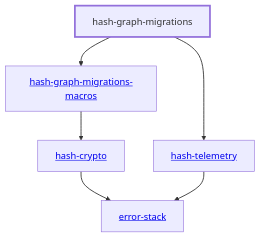
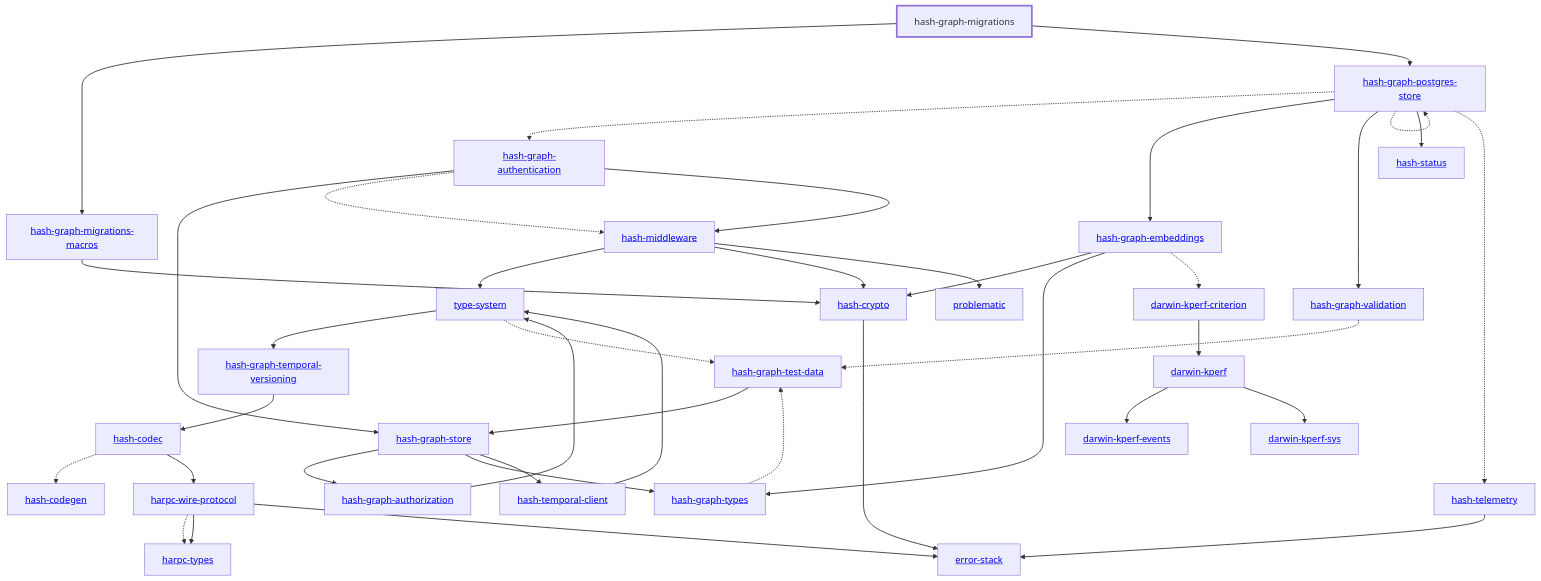
One commit to hashintel/hash changed the diagram in libs/@local/graph/migrations/docs/dependency-diagram.mmd. Above: the diagram before and after it, drawn with Mermaid. The commit also changed 23 other files, not shown here.

First line of the commit message:
Connect the migrations CLI to Postgres over TLS

```diff
--- a/libs/@local/graph/migrations/docs/dependency-diagram.mmd
+++ b/libs/@local/graph/migrations/docs/dependency-diagram.mmd
@@ -1,21 +1,77 @@
 graph TD
     linkStyle default stroke-width:1.5px
     classDef default stroke-width:1px
     classDef root stroke-width:3px
     classDef dev stroke-width:1px
     classDef build stroke-width:1px
     %% Legend
     %% --> : Normal dependency
     %% -.-> : Dev dependency
     %% ---> : Build dependency
-    0[<a href="../hash_crypto/index.html">hash-crypto</a>]
-    1[hash-graph-migrations]
-    class 1 root
-    2[<a href="../hash_graph_migrations_macros/index.html">hash-graph-migrations-macros</a>]
-    3[<a href="../hash_telemetry/index.html">hash-telemetry</a>]
-    4[<a href="../error_stack/index.html">error-stack</a>]
-    0 --> 4
-    1 --> 2
-    1 --> 3
-    2 --> 0
-    3 --> 4
+    0[<a href="../type_system/index.html">type-system</a>]
+    1[<a href="../hash_codec/index.html">hash-codec</a>]
+    2[<a href="../hash_codegen/index.html">hash-codegen</a>]
+    3[<a href="../hash_crypto/index.html">hash-crypto</a>]
+    4[<a href="../hash_graph_authentication/index.html">hash-graph-authentication</a>]
+    5[<a href="../hash_graph_authorization/index.html">hash-graph-authorization</a>]
+    6[<a href="../hash_graph_embeddings/index.html">hash-graph-embeddings</a>]
+    7[hash-graph-migrations]
+    class 7 root
+    8[<a href="../hash_graph_migrations_macros/index.html">hash-graph-migrations-macros</a>]
+    9[<a href="../hash_graph_postgres_store/index.html">hash-graph-postgres-store</a>]
+    10[<a href="../hash_graph_store/index.html">hash-graph-store</a>]
+    11[<a href="../hash_graph_temporal_versioning/index.html">hash-graph-temporal-versioning</a>]
+    12[<a href="../hash_graph_types/index.html">hash-graph-types</a>]
+    13[<a href="../hash_graph_validation/index.html">hash-graph-validation</a>]
+    14[<a href="../harpc_types/index.html">harpc-types</a>]
+    15[<a href="../harpc_wire_protocol/index.html">harpc-wire-protocol</a>]
+    16[<a href="../hash_middleware/index.html">hash-middleware</a>]
+    17[<a href="../hash_status/index.html">hash-status</a>]
+    18[<a href="../hash_telemetry/index.html">hash-telemetry</a>]
+    19[<a href="../hash_temporal_client/index.html">hash-temporal-client</a>]
+    20[<a href="../darwin_kperf/index.html">darwin-kperf</a>]
+    21[<a href="../darwin_kperf_criterion/index.html">darwin-kperf-criterion</a>]
+    22[<a href="../darwin_kperf_events/index.html">darwin-kperf-events</a>]
+    23[<a href="../darwin_kperf_sys/index.html">darwin-kperf-sys</a>]
+    24[<a href="../error_stack/index.html">error-stack</a>]
+    25[<a href="../problematic/index.html">problematic</a>]
+    26[<a href="../hash_graph_test_data/index.html">hash-graph-test-data</a>]
+    0 --> 11
+    0 -.-> 26
+    1 -.-> 2
+    1 --> 15
+    3 --> 24
+    4 --> 10
+    4 -.-> 16
+    4 --> 16
+    5 --> 0
+    6 --> 3
+    6 --> 12
+    6 -.-> 21
+    7 --> 8
+    7 --> 9
+    8 --> 3
+    9 -.-> 4
+    9 --> 6
+    9 -.-> 9
+    9 --> 13
+    9 --> 17
+    9 -.-> 18
+    10 --> 5
+    10 --> 12
+    10 --> 19
+    11 --> 1
+    12 -.-> 26
+    13 -.-> 26
+    15 -.-> 14
+    15 --> 14
+    15 --> 24
+    16 --> 0
+    16 --> 3
+    16 --> 25
+    18 --> 24
+    19 --> 0
+    20 --> 22
+    20 --> 23
+    21 --> 20
+    26 --> 10
```
